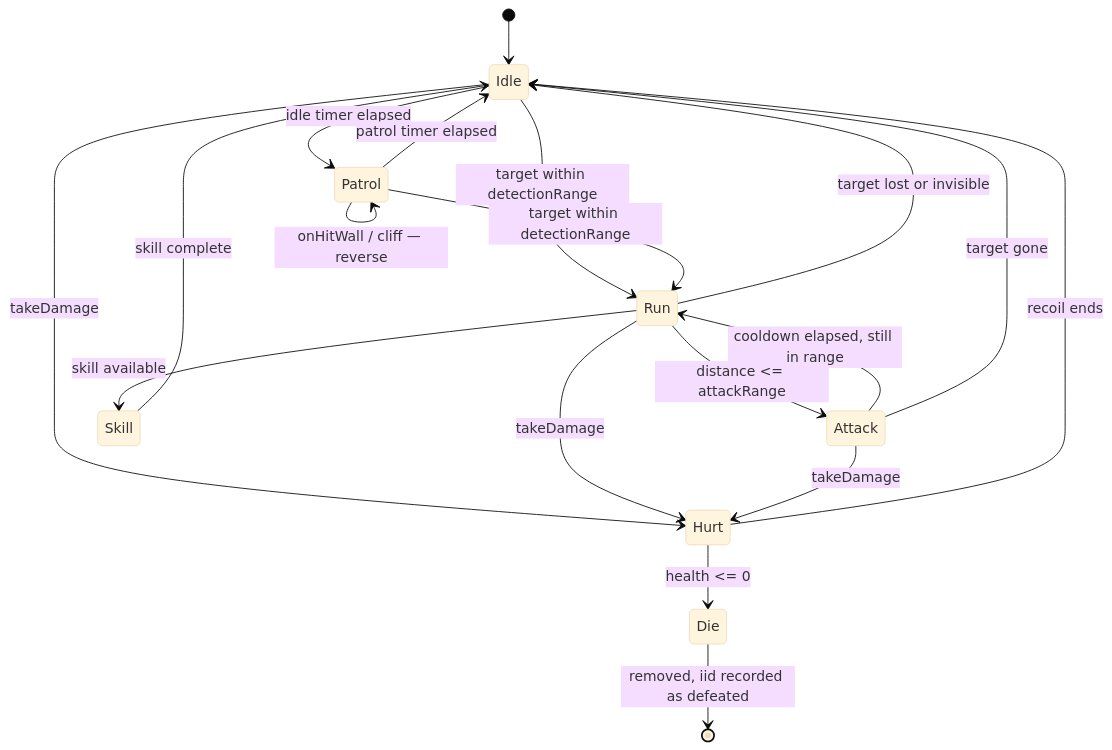
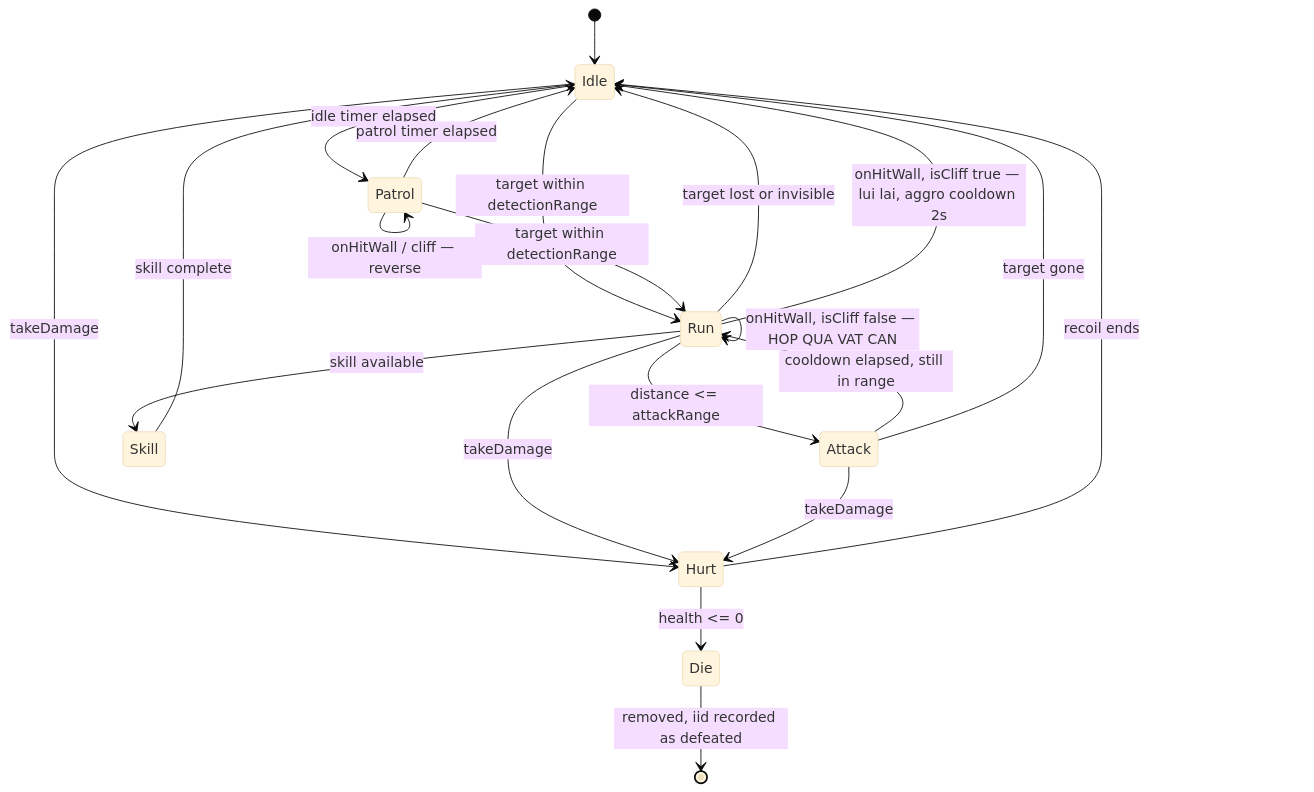
One commit to ltbinh812/Super_Mario_Plus changed diagram 17 of 53 in Group51/SuperMarioPlus_Design_Report.md. Above: the diagram before and after it, drawn with Mermaid (base theme). The commit also changed other lines of this file and 85 other files, not shown here.

````diff
--- a/Group51/SuperMarioPlus_Design_Report.md
+++ b/Group51/SuperMarioPlus_Design_Report.md
@@ -1130,21 +1128,23 @@
 ```mermaid
 stateDiagram-v2
     [*] --> Idle
     Idle --> Patrol : idle timer elapsed
     Patrol --> Idle : patrol timer elapsed
     Patrol --> Patrol : onHitWall / cliff — reverse
     Idle --> Run : target within detectionRange
     Patrol --> Run : target within detectionRange
     Run --> Idle : target lost or invisible
+    Run --> Run : onHitWall, isCliff false — HOP QUA VAT CAN
+    Run --> Idle : onHitWall, isCliff true — lui lai, aggro cooldown 2s
     Run --> Attack : distance <= attackRange
     Attack --> Run : cooldown elapsed, still in range
     Attack --> Idle : target gone
     Run --> Skill : skill available
     Skill --> Idle : skill complete
     Idle --> Hurt : takeDamage
     Run --> Hurt : takeDamage
     Attack --> Hurt : takeDamage
     Hurt --> Idle : recoil ends
     Hurt --> Die : health <= 0
     Die --> [*] : removed, iid recorded as defeated
 ```
````
